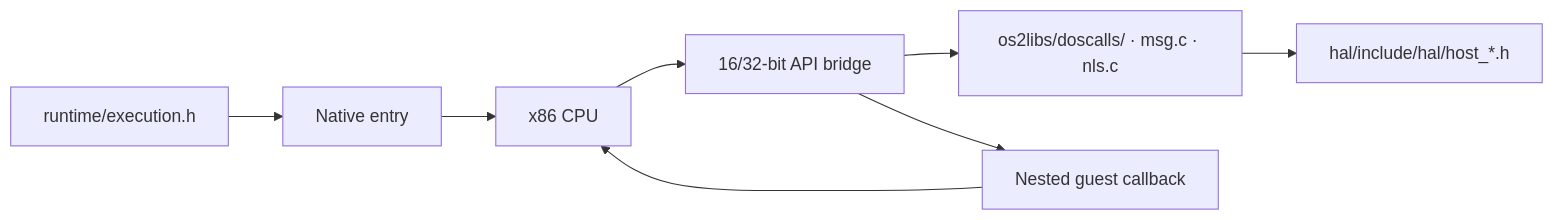
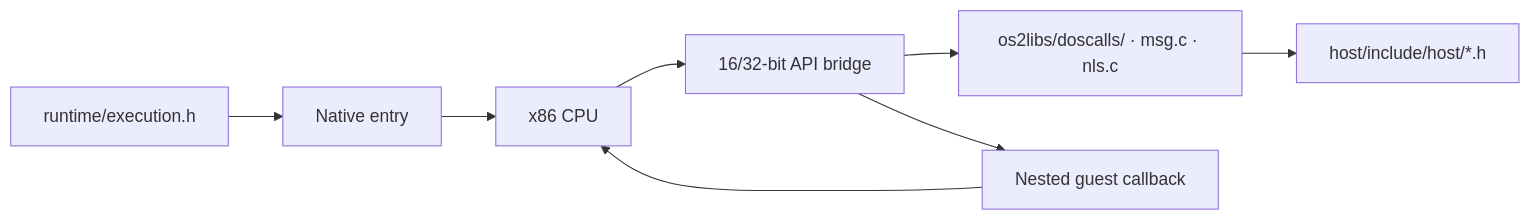
Before and after one commit to bitwisecook/2ine: the diagram in docs/native-execution.md, drawn with Mermaid. The commit also changed other lines of this file and 409 other files, not shown here.

````diff
--- a/docs/native-execution.md
+++ b/docs/native-execution.md
@@ -8,7 +8,7 @@
 ```mermaid
 flowchart LR
     Shared["runtime/execution.h"] --> Entry["Native entry"] --> CPU["x86 CPU"]
     CPU --> Bridge["16/32-bit API bridge"] --> APIs["os2libs/doscalls/ · msg.c · nls.c"]
-    APIs --> Host["hal/include/hal/host_*.h"]
+    APIs --> Host["host/include/host/*.h"]
     Bridge --> Callback["Nested guest callback"] --> CPU
 ```
````
